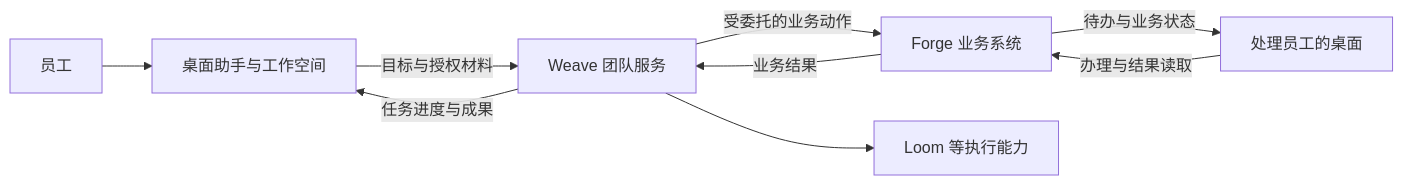
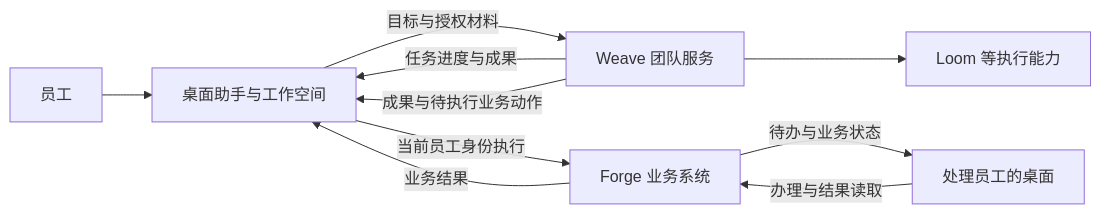
Before and after one commit to jinyitao123/weave-workbench: the diagram in docs/architecture/product-architecture.md, drawn with Mermaid. The commit also changed 15 other files, not shown here.

````diff
--- a/docs/architecture/product-architecture.md
+++ b/docs/architecture/product-architecture.md
@@ -11,11 +11,12 @@
 ```mermaid
 flowchart LR
     U[员工] --> D[桌面助手与工作空间]
     D -->|目标与授权材料| W[Weave 团队服务]
     W -->|任务进度与成果| D
-    W -->|受委托的业务动作| F[Forge 业务系统]
-    F -->|业务结果| W
+    W -->|成果与待执行业务动作| D
+    D -->|当前员工身份执行| F[Forge 业务系统]
+    F -->|业务结果| D
     F -->|待办与业务状态| D2[处理员工的桌面]
     D2 -->|办理与结果读取| F
     W --> R[Loom 等执行能力]
 ```
````
